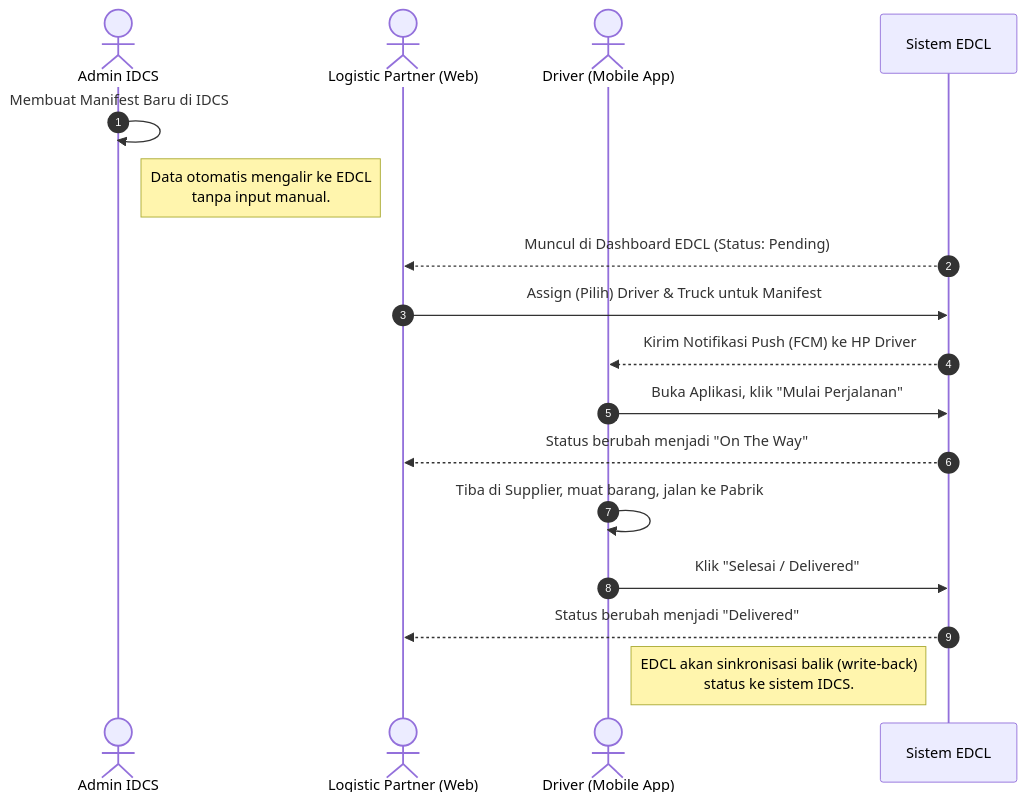
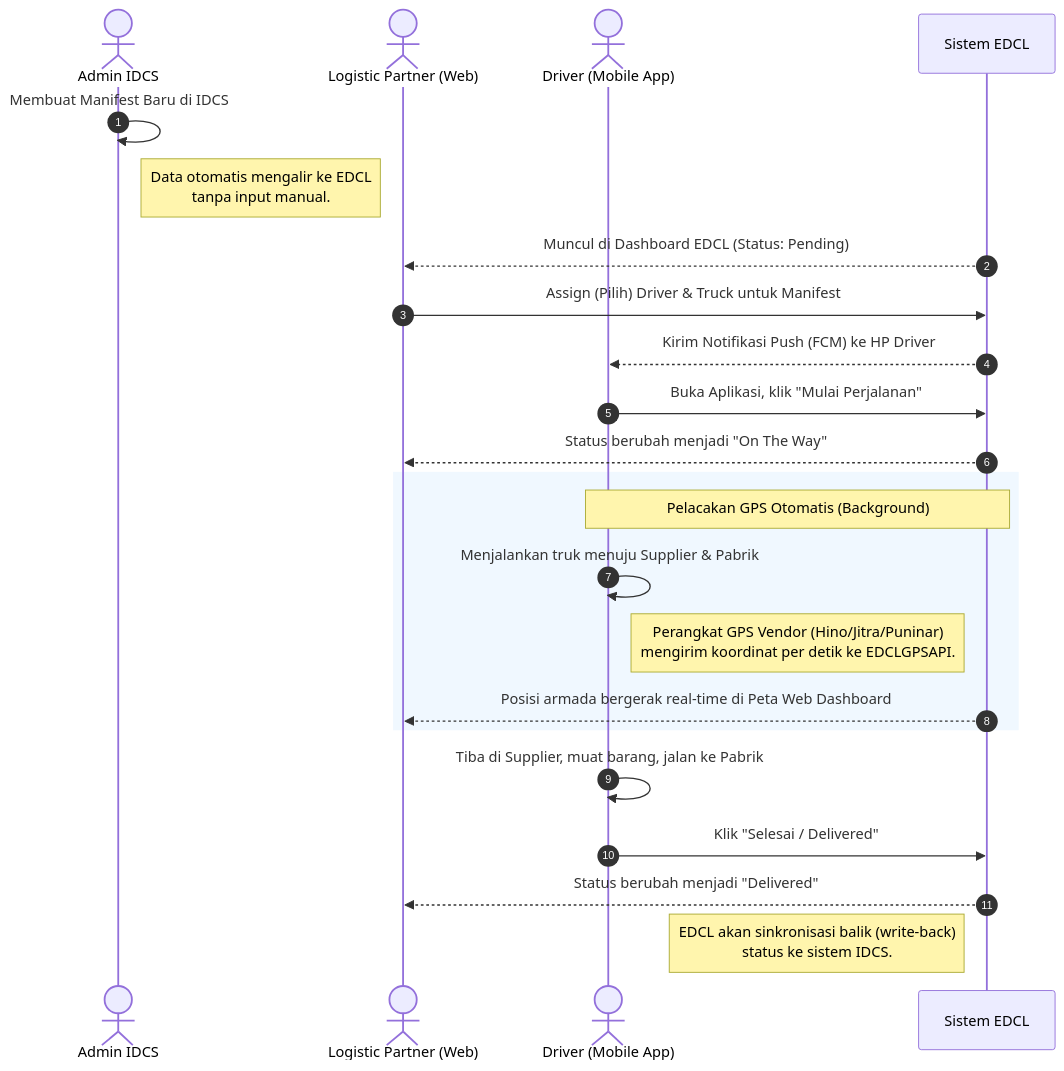
Before and after one commit to odealidj/minione-edcl-net: the second of 3 diagrams in docs/bisnis-proses/pengiriman-manifest.md, drawn with Mermaid. The commit also changed other lines of this file and 14 other files, not shown here.

````diff
--- a/docs/bisnis-proses/pengiriman-manifest.md
+++ b/docs/bisnis-proses/pengiriman-manifest.md
@@ -42,24 +42,31 @@
 ```mermaid
 sequenceDiagram
     autonumber
     actor Admin as Admin IDCS
     actor Vendor as Logistic Partner (Web)
     actor Driver as Driver (Mobile App)
     participant EDCL as Sistem EDCL
 
     Admin->>Admin: Membuat Manifest Baru di IDCS
     note right of Admin: Data otomatis mengalir ke EDCL<br/>tanpa input manual.
     EDCL-->>Vendor: Muncul di Dashboard EDCL (Status: Pending)
     
     Vendor->>EDCL: Assign (Pilih) Driver & Truck untuk Manifest
     EDCL-->>Driver: Kirim Notifikasi Push (FCM) ke HP Driver
     
     Driver->>EDCL: Buka Aplikasi, klik "Mulai Perjalanan"
     EDCL-->>Vendor: Status berubah menjadi "On The Way"
     
+    rect rgb(240, 248, 255)
+    note over Driver, EDCL: Pelacakan GPS Otomatis (Background)
+    Driver->>Driver: Menjalankan truk menuju Supplier & Pabrik
+    note right of Driver: Perangkat GPS Vendor (Hino/Jitra/Puninar)<br/>mengirim koordinat per detik ke EDCLGPSAPI.
+    EDCL-->>Vendor: Posisi armada bergerak real-time di Peta Web Dashboard
+    end
+    
     Driver->>Driver: Tiba di Supplier, muat barang, jalan ke Pabrik
     
     Driver->>EDCL: Klik "Selesai / Delivered"
     EDCL-->>Vendor: Status berubah menjadi "Delivered"
     note left of EDCL: EDCL akan sinkronisasi balik (write-back)<br/>status ke sistem IDCS.
 ```
````
